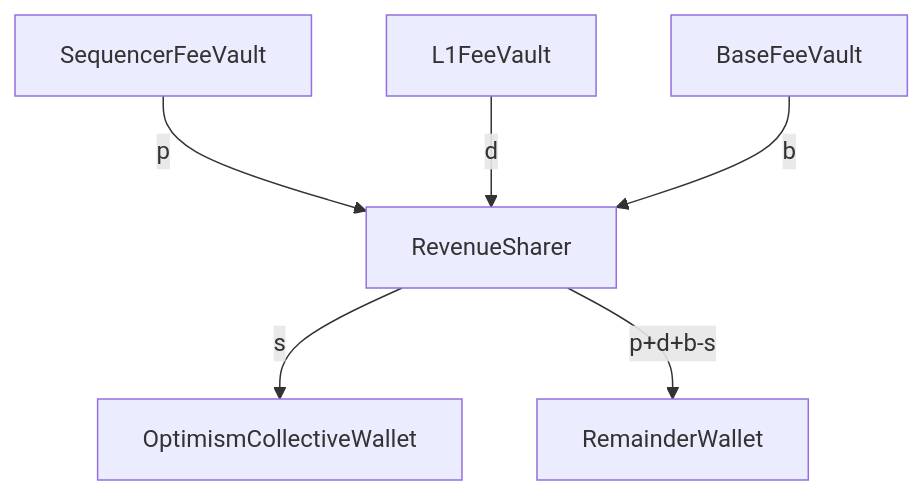
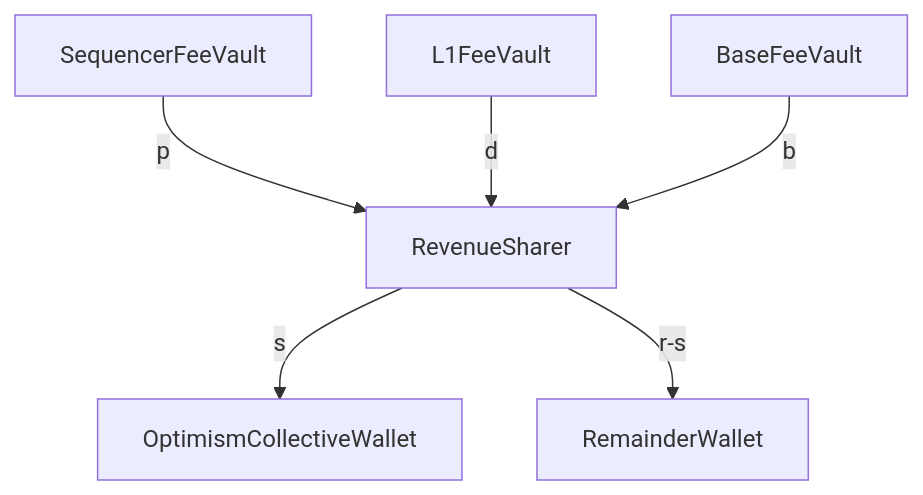
One commit to ethereum-optimism/specs changed the diagram in specs/protocol/revenue-sharing.md. Above: the diagram before and after it, drawn with Mermaid. The commit also changed other lines of this file, not shown here.

````diff
--- a/specs/protocol/revenue-sharing.md
+++ b/specs/protocol/revenue-sharing.md
@@ -32,14 +32,14 @@
 ```mermaid
    flowchart TD
    SequencerFeeVault
    BaseFeeVault
    L1FeeVault
    OptimismCollectiveWallet
    RemainderWallet
    RevenueSharer
    SequencerFeeVault-->|p|RevenueSharer
    L1FeeVault-->|d|RevenueSharer
    BaseFeeVault-->|b|RevenueSharer
    RevenueSharer-->|s|OptimismCollectiveWallet
-   RevenueSharer-->|p+d+b-s|RemainderWallet
+   RevenueSharer-->|r-s|RemainderWallet
 ```
````
